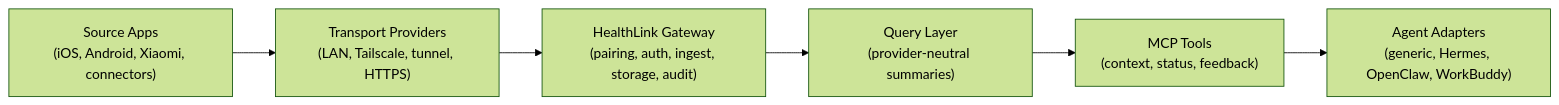
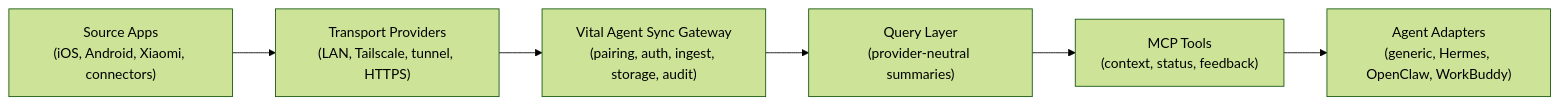
The diagram in docs/architecture-adapter-design.md (Coooder-Crypto/vital-agent-sync), drawn with Mermaid (forest theme) before and after one commit. The commit also changed other lines of this file and 70 other files, not shown here.

Commit message:
feat: rebrand as Vital Agent Sync

````diff
--- a/docs/architecture-adapter-design.md
+++ b/docs/architecture-adapter-design.md
@@ -33,11 +33,11 @@
 ```mermaid
 flowchart LR
   source["Source Apps\n(iOS, Android, Xiaomi, connectors)"]
   transport["Transport Providers\n(LAN, Tailscale, tunnel, HTTPS)"]
-  gateway["HealthLink Gateway\n(pairing, auth, ingest, storage, audit)"]
+  gateway["Vital Agent Sync Gateway\n(pairing, auth, ingest, storage, audit)"]
   query["Query Layer\n(provider-neutral summaries)"]
   mcp["MCP Tools\n(context, status, feedback)"]
   agents["Agent Adapters\n(generic, Hermes, OpenClaw, WorkBuddy)"]
 
   source --> transport --> gateway --> query --> mcp --> agents
 ```
````
